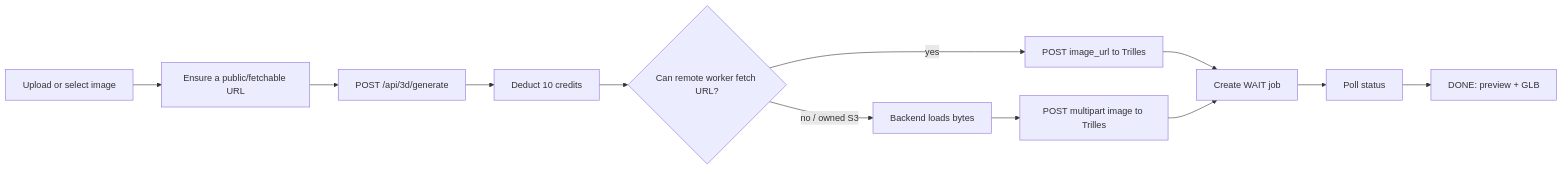
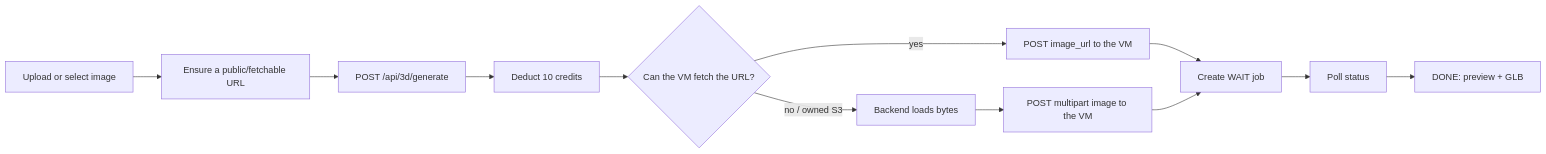
One commit to dhanushyangal/hyd-f changed the third of 3 diagrams in docs/GENERATION_FLOWS.md. Above: the diagram before and after it, drawn with Mermaid. The commit also changed other lines of this file and 26 other files, not shown here.

````diff
--- a/docs/GENERATION_FLOWS.md
+++ b/docs/GENERATION_FLOWS.md
@@ -116,14 +123,14 @@
 ```mermaid
 flowchart LR
     A[Upload or select image] --> B[Ensure a public/fetchable URL]
     B --> C[POST /api/3d/generate]
     C --> D[Deduct 10 credits]
-    D --> E{Can remote worker fetch URL?}
-    E -->|yes| F[POST image_url to Trilles]
+    D --> E{Can the VM fetch the URL?}
+    E -->|yes| F[POST image_url to the VM]
     E -->|no / owned S3| G[Backend loads bytes]
-    G --> H[POST multipart image to Trilles]
+    G --> H[POST multipart image to the VM]
     F --> I[Create WAIT job]
     H --> I
     I --> J[Poll status]
     J --> K[DONE: preview + GLB]
 ```
````
